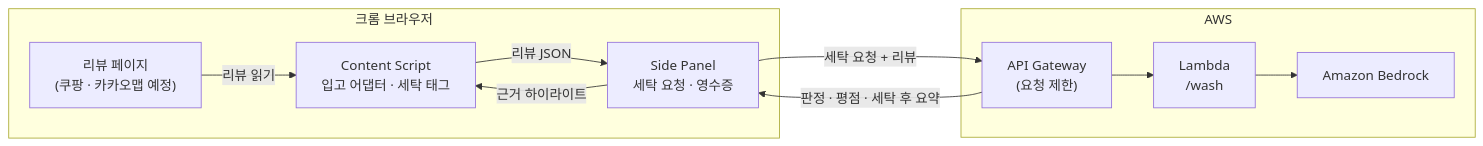
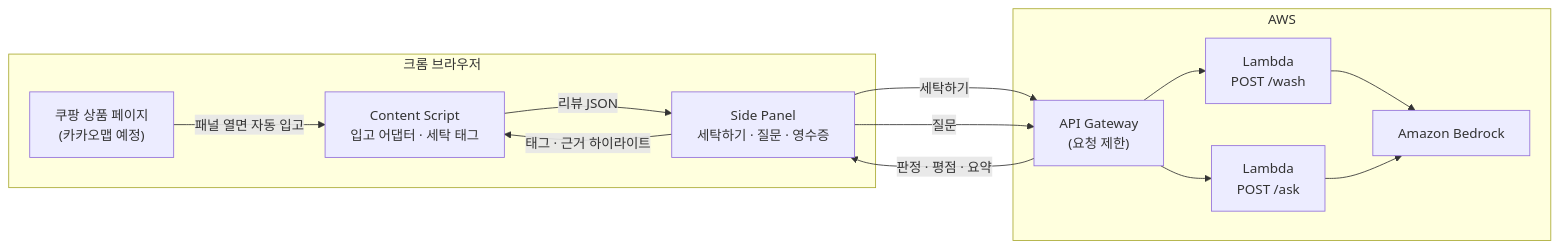
Before and after one commit to beblack127/GyuTam: the diagram in README.md, drawn with Mermaid. The commit also changed other lines of this file and 7 other files, not shown here.

````diff
--- a/README.md
+++ b/README.md
@@ -100,18 +111,22 @@
 ```mermaid
 flowchart LR
   subgraph Browser["크롬 브라우저"]
-    P["리뷰 페이지<br/>(쿠팡 · 카카오맵 예정)"]
+    P["쿠팡 상품 페이지<br/>(카카오맵 예정)"]
     CS["Content Script<br/>입고 어댑터 · 세탁 태그"]
-    SP["Side Panel<br/>세탁 요청 · 영수증"]
+    SP["Side Panel<br/>세탁하기 · 질문 · 영수증"]
   end
   subgraph AWS["AWS"]
     GW["API Gateway<br/>(요청 제한)"]
-    L["Lambda<br/>/wash"]
+    W["Lambda<br/>POST /wash"]
+    A["Lambda<br/>POST /ask"]
     BR["Amazon Bedrock"]
   end
-  P -->|리뷰 읽기| CS
+  P -->|패널 열면 자동 입고| CS
   CS -->|리뷰 JSON| SP
-  SP -->|세탁 요청 + 리뷰| GW --> L --> BR
-  GW -->|판정 · 평점 · 세탁 후 요약| SP
-  SP -->|근거 하이라이트| CS
+  SP -->|세탁하기| GW
+  SP -->|질문| GW
+  GW --> W --> BR
+  GW --> A --> BR
+  GW -->|판정 · 평점 · 요약| SP
+  SP -->|태그 · 근거 하이라이트| CS
 ```
````
